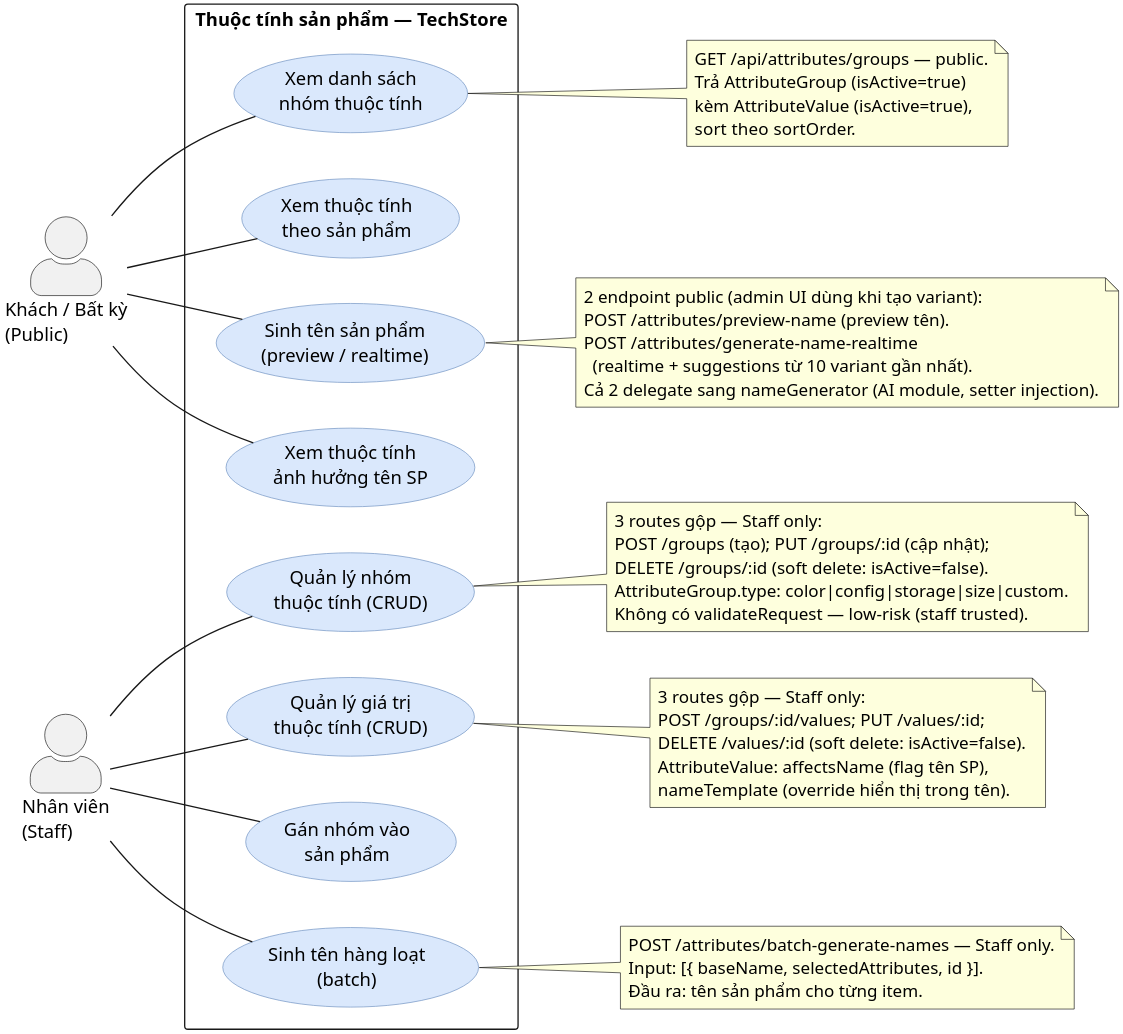
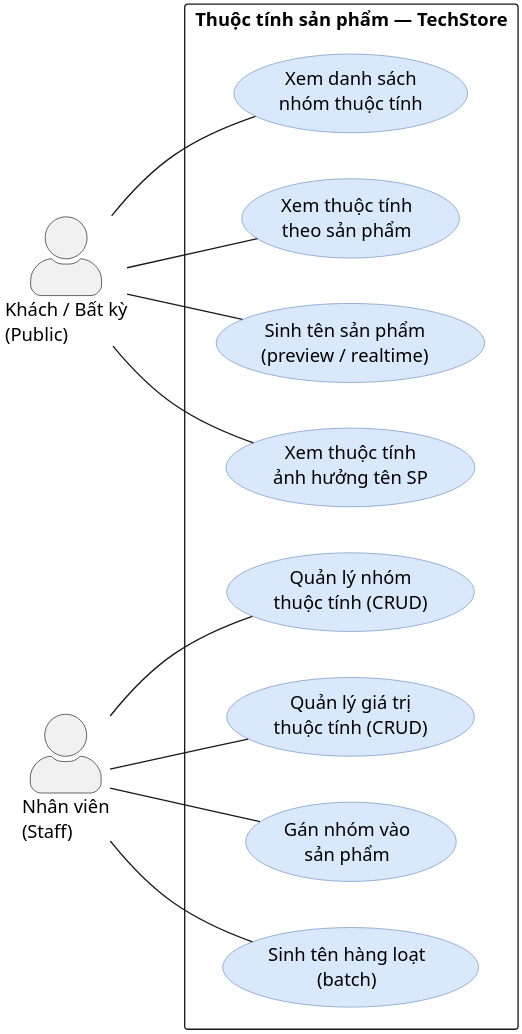
The diagram in diagrams/usecase/usecase-19-attribute.puml (MinhThang1009/E-commerce-website), drawn with PlantUML before and after one commit. The commit also changed 266 other files, not shown here.

```diff
--- a/diagrams/usecase/usecase-19-attribute.puml
+++ b/diagrams/usecase/usecase-19-attribute.puml
@@ -1,93 +1,103 @@
 @startuml usecase-19-attribute
 ' Sơ đồ use case — Thuộc tính sản phẩm (Attribute module §2.8b)
 ' Ground-truth: backend/src/modules/attribute/routes.js
 ' Public (không auth) — 5 routes:
 '   GET  /groups                              — tất cả nhóm + values
 '   GET  /products/:productId/groups          — nhóm theo sản phẩm
 '   POST /preview-name                        — preview tên từ attributes
 '   POST /generate-name-realtime              — sinh tên realtime + suggestions
 '   GET  /name-affecting                      — attributes có affectsName=true
 ' Staff-only (router.use authenticate + authorize('staff')) — 8 routes:
 '   POST   /groups                            — tạo nhóm
 '   PUT    /groups/:id                        — cập nhật nhóm
 '   DELETE /groups/:id                        — xóa mềm (isActive=false)
 '   POST   /groups/:attributeGroupId/values   — thêm giá trị
 '   PUT    /values/:id                        — cập nhật giá trị
 '   DELETE /values/:id                        — xóa mềm (isActive=false)
 '   POST   /products/:productId/groups/:gid   — gán nhóm vào sản phẩm
 '   POST   /batch-generate-names              — sinh tên hàng loạt
 ' Denominator: 13 routes → 8 UC (CRUD nhóm gộp, CRUD giá trị gộp, 2 name-gen public gộp)
 ' Admin KHÔNG có route riêng trong module này (attribute CRUD = staffOnly per RBAC 4-actor).
 left to right direction
 skinparam dpi 300
 skinparam backgroundColor #FFFFFF
 skinparam shadowing false
 skinparam packageStyle rectangle
 skinparam usecase {
   BackgroundColor #DAE8FC
   BorderColor #6C8EBF
 }
 skinparam actorStyle awesome
 
 actor "Khách / Bất kỳ\n(Public)" as pub
 actor "Nhân viên\n(Staff)" as staff
 
 rectangle "Thuộc tính sản phẩm — TechStore" {
   usecase "Xem danh sách\nnhóm thuộc tính" as UC_xem_nhom
   usecase "Xem thuộc tính\ntheo sản phẩm" as UC_xem_nhom_sp
   usecase "Sinh tên sản phẩm\n(preview / realtime)" as UC_sinh_ten_public
   usecase "Xem thuộc tính\nảnh hưởng tên SP" as UC_anh_huong_ten
   usecase "Quản lý nhóm\nthuộc tính (CRUD)" as UC_crud_nhom
   usecase "Quản lý giá trị\nthuộc tính (CRUD)" as UC_crud_gia_tri
   usecase "Gán nhóm vào\nsản phẩm" as UC_gan_nhom
   usecase "Sinh tên hàng loạt\n(batch)" as UC_batch
 }
 
 pub -- UC_xem_nhom
 pub -- UC_xem_nhom_sp
 pub -- UC_sinh_ten_public
 pub -- UC_anh_huong_ten
 
 staff -- UC_crud_nhom
 staff -- UC_crud_gia_tri
 staff -- UC_gan_nhom
 staff -- UC_batch
 
+/'
 note right of UC_xem_nhom
   GET /api/attributes/groups — public.
   Trả AttributeGroup (isActive=true)
   kèm AttributeValue (isActive=true),
   sort theo sortOrder.
 end note
+'/
 
+/'
 note right of UC_sinh_ten_public
   2 endpoint public (admin UI dùng khi tạo variant):
   POST /attributes/preview-name (preview tên).
   POST /attributes/generate-name-realtime
     (realtime + suggestions từ 10 variant gần nhất).
   Cả 2 delegate sang nameGenerator (AI module, setter injection).
 end note
+'/
 
+/'
 note right of UC_crud_nhom
   3 routes gộp — Staff only:
   POST /groups (tạo); PUT /groups/:id (cập nhật);
   DELETE /groups/:id (soft delete: isActive=false).
   AttributeGroup.type: color|config|storage|size|custom.
   Không có validateRequest — low-risk (staff trusted).
 end note
+'/
 
+/'
 note right of UC_crud_gia_tri
   3 routes gộp — Staff only:
   POST /groups/:id/values; PUT /values/:id;
   DELETE /values/:id (soft delete: isActive=false).
   AttributeValue: affectsName (flag tên SP),
   nameTemplate (override hiển thị trong tên).
 end note
+'/
 
+/'
 note right of UC_batch
   POST /attributes/batch-generate-names — Staff only.
   Input: [{ baseName, selectedAttributes, id }].
   Đầu ra: tên sản phẩm cho từng item.
 end note
+'/
 
 @enduml
```
